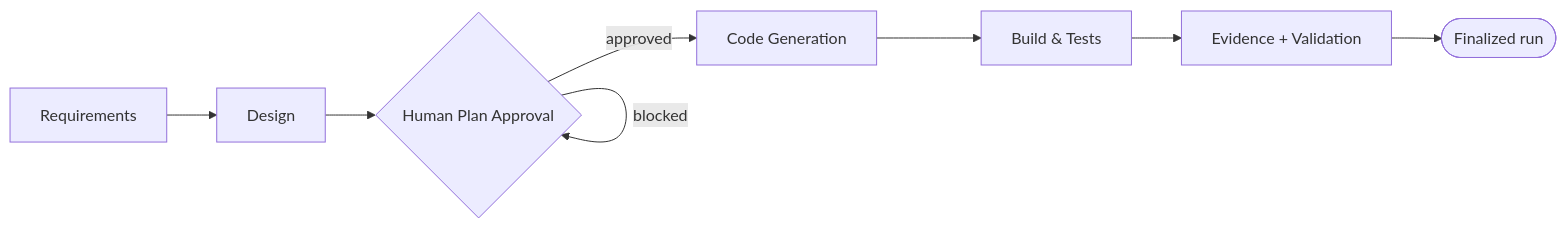
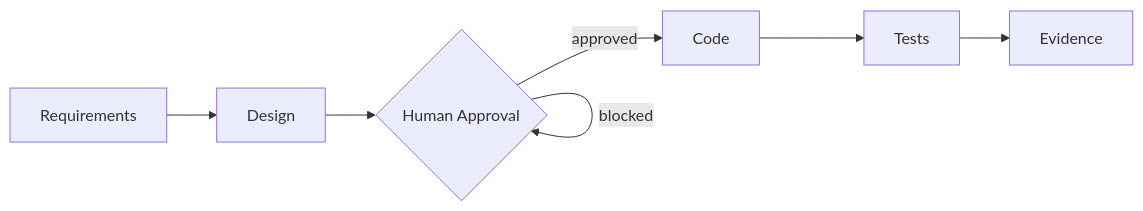
Before and after one commit to lxrsd/AICC_Engineering_Toolkit: the diagram in README.md, drawn with Mermaid. The commit also changed other lines of this file, not shown here.

````diff
--- a/README.md
+++ b/README.md
@@ -246,10 +52,9 @@
 ```mermaid
 flowchart LR
     R[Requirements] --> D[Design]
-    D --> A{Human Plan Approval}
-    A -- approved --> C[Code Generation]
+    D --> A{Human Approval}
+    A -- approved --> C[Code]
     A -- blocked --> A
-    C --> T[Build & Tests]
-    T --> E[Evidence + Validation]
-    E --> F([Finalized run])
+    C --> T[Tests]
+    T --> E[Evidence]
 ```
````
